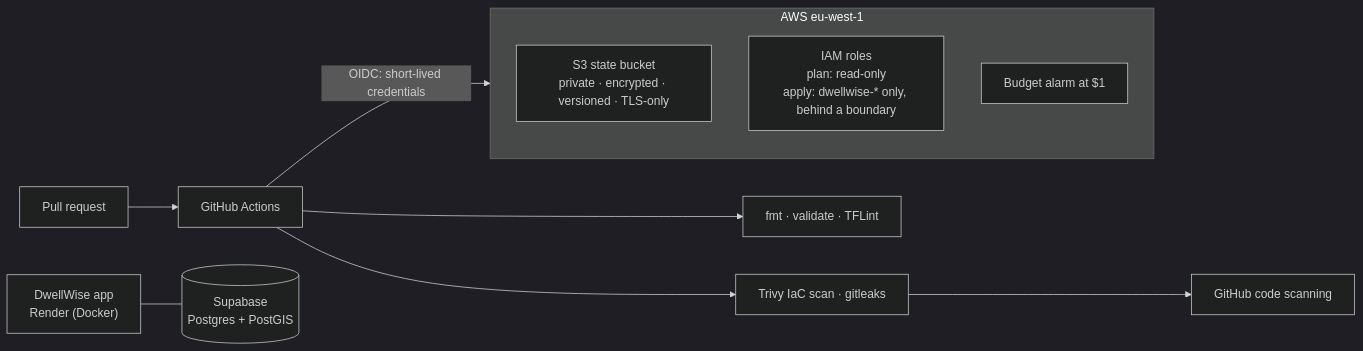
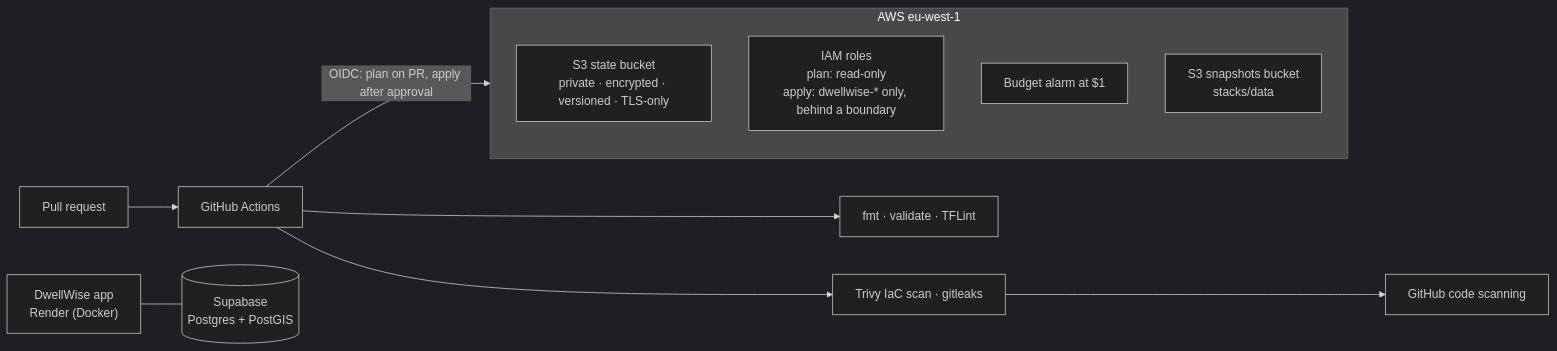
Before and after one commit to Neel09apr/DwellWise: the diagram in README.md, drawn with Mermaid (dark theme). The commit also changed other lines of this file and 9 other files, not shown here.

First line of the commit message:
feat: plan on pull request, apply on approval, weekly drift check

````diff
--- a/README.md
+++ b/README.md
@@ -18,16 +18,17 @@
 ```mermaid
 flowchart LR
   pr["Pull request"] --> ci["GitHub Actions"]
   ci --> checks["fmt · validate · TFLint"]
   ci --> scans["Trivy IaC scan · gitleaks"]
   scans --> tab["GitHub code scanning"]
-  ci -- "OIDC: short-lived credentials" --> aws
+  ci -- "OIDC: plan on PR, apply after approval" --> aws
 
   subgraph aws["AWS eu-west-1"]
     state["S3 state bucket<br/>private · encrypted · versioned · TLS-only"]
     roles["IAM roles<br/>plan: read-only<br/>apply: dwellwise-* only, behind a boundary"]
     budget["Budget alarm at $1"]
+    data["S3 snapshots bucket<br/>stacks/data"]
   end
 
   app["DwellWise app<br/>Render (Docker)"] --- db[("Supabase<br/>Postgres + PostGIS")]
 ```
````
